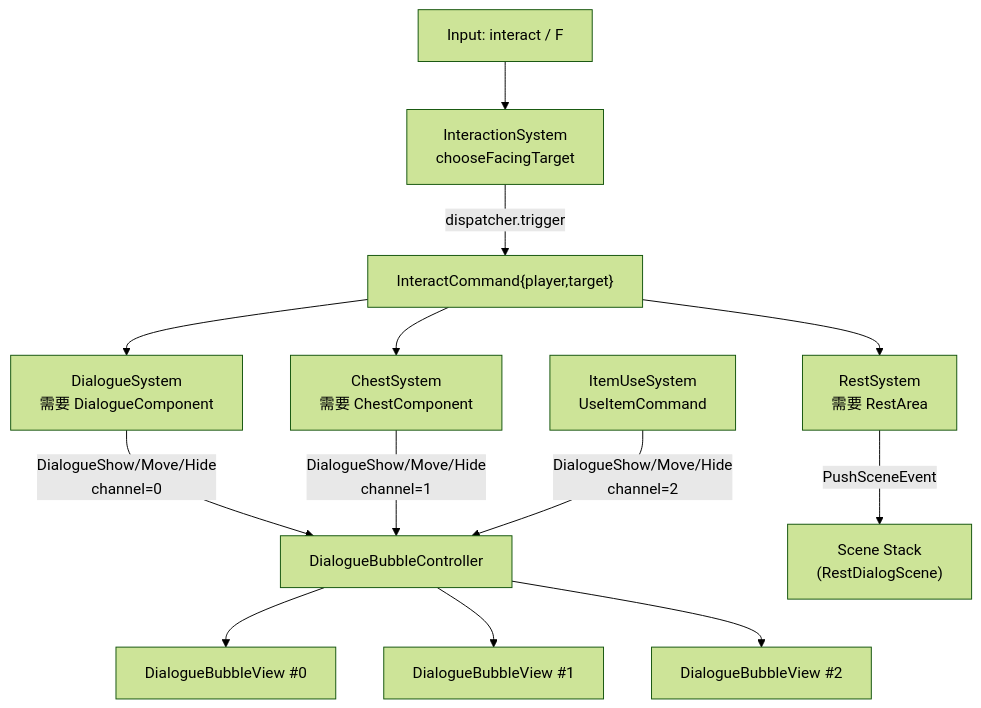
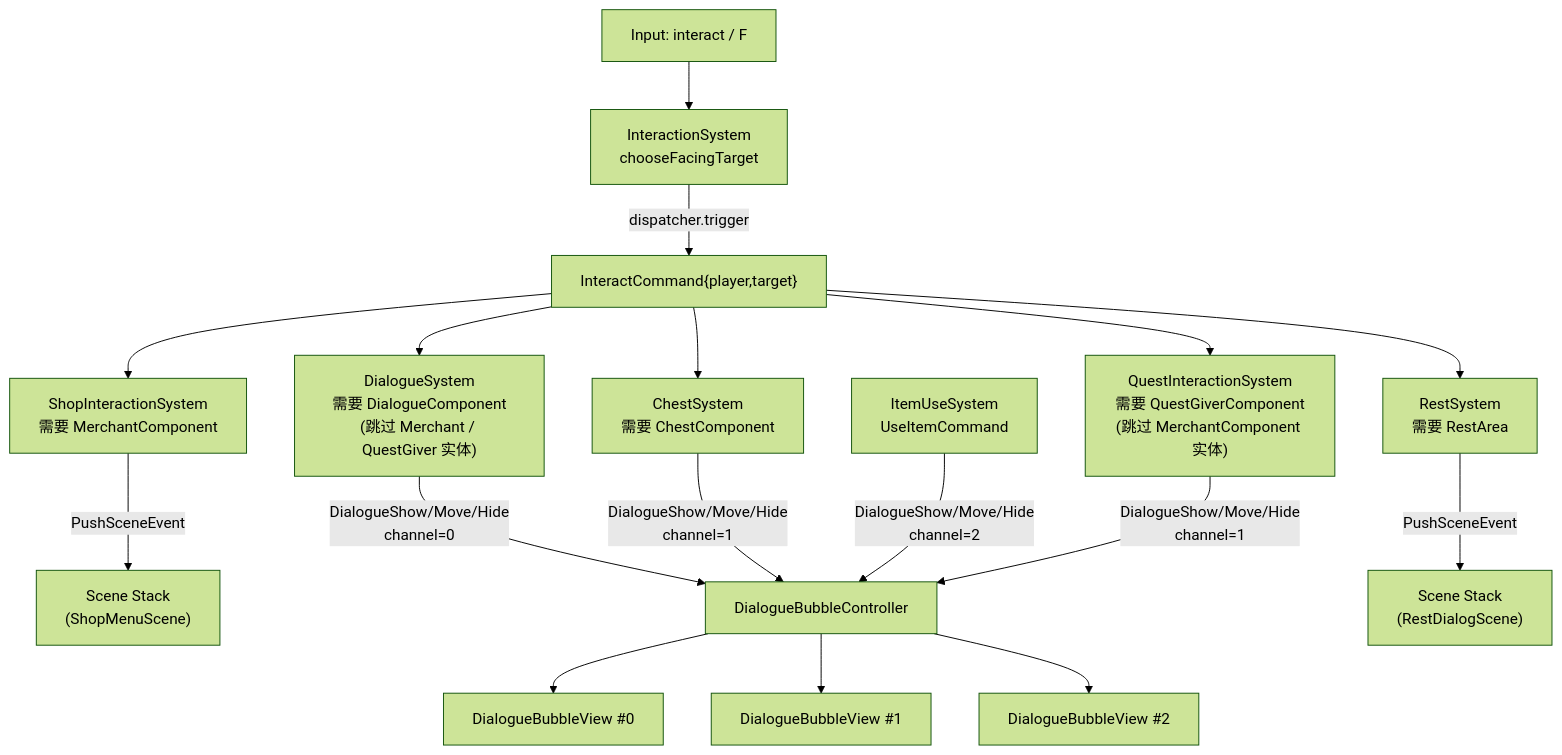
Before and after one commit to WispSnow/TinyFarmRPG: the diagram in docs/game/interaction_and_dialogue.md, drawn with Mermaid (forest theme). The commit also changed other lines of this file and 5 other files, not shown here.

````diff
--- a/docs/game/interaction_and_dialogue.md
+++ b/docs/game/interaction_and_dialogue.md
@@ -7,19 +7,23 @@
 ```mermaid
 flowchart TD
     F["Input: interact / F"] --> IS["InteractionSystem<br/>chooseFacingTarget"]
     IS -->|dispatcher.trigger| IR["InteractCommand{player,target}"]
 
-    IR --> DS["DialogueSystem<br/>需要 DialogueComponent"]
+    IR --> SIS["ShopInteractionSystem<br/>需要 MerchantComponent"]
+    IR --> QIS["QuestInteractionSystem<br/>需要 QuestGiverComponent<br/>(跳过 MerchantComponent 实体)"]
+    IR --> DS["DialogueSystem<br/>需要 DialogueComponent<br/>(跳过 Merchant / QuestGiver 实体)"]
     IR --> CS["ChestSystem<br/>需要 ChestComponent"]
     IR --> RS["RestSystem<br/>需要 RestArea"]
 
+    SIS -->|PushSceneEvent| Shop["Scene Stack<br/>(ShopMenuScene)"]
     DS -->|DialogueShow/Move/Hide<br/>channel=0| DBC["DialogueBubbleController"]
     CS -->|DialogueShow/Move/Hide<br/>channel=1| DBC
     IU["ItemUseSystem<br/>UseItemCommand"] -->|DialogueShow/Move/Hide<br/>channel=2| DBC
 
+    QIS -->|DialogueShow/Move/Hide<br/>channel=1| DBC
     DBC --> DB0["DialogueBubbleView #0"]
     DBC --> DB1["DialogueBubbleView #1"]
     DBC --> DB2["DialogueBubbleView #2"]
 
     RS -->|PushSceneEvent| Scene["Scene Stack<br/>(RestDialogScene)"]
 ```
````
